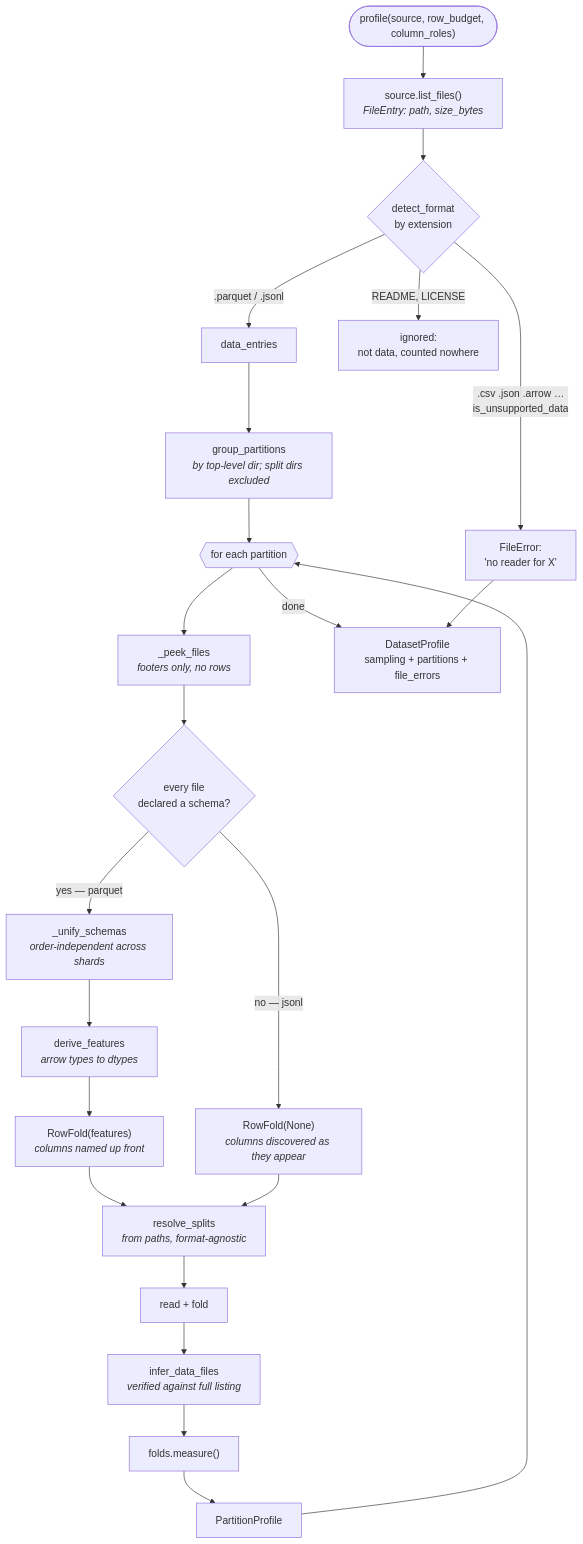
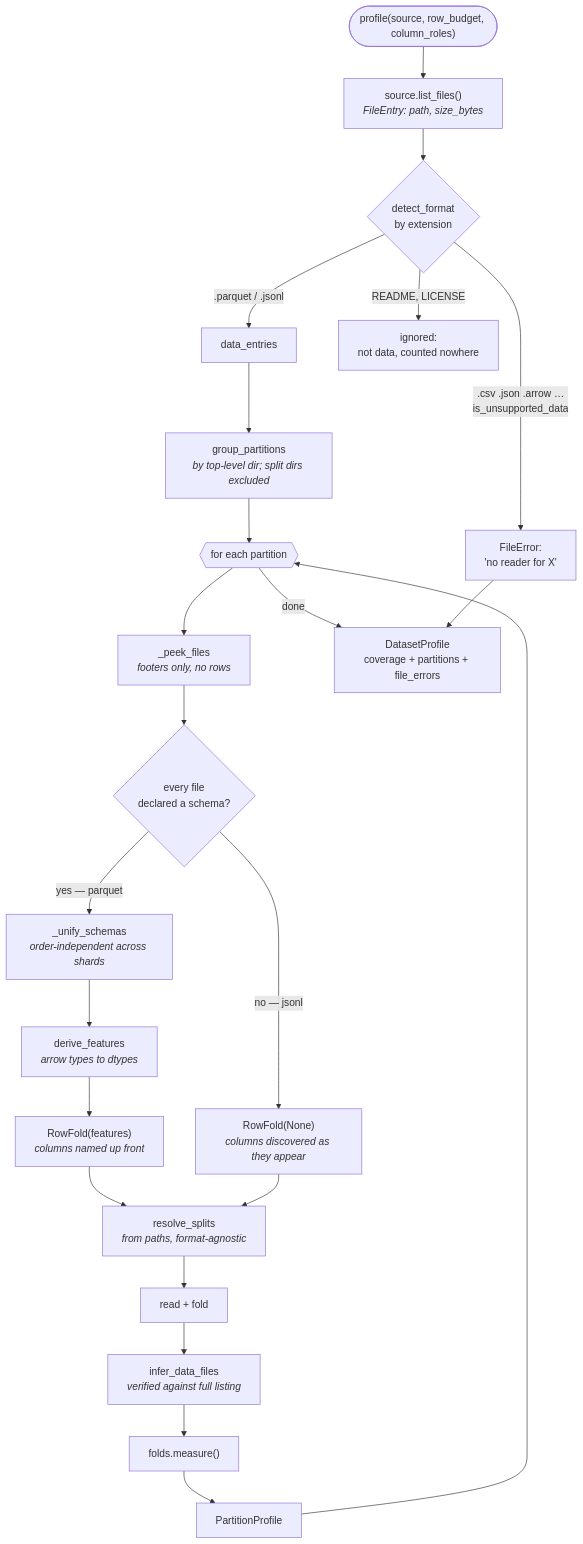
Before and after one commit to NVIDIA-NeMo/nemo-platform: the first of 3 diagrams in plugins/nemo-datasets/README.md, drawn with Mermaid. The commit also changed other lines of this file and 6 other files, not shown here.

````diff
--- a/plugins/nemo-datasets/README.md
+++ b/plugins/nemo-datasets/README.md
@@ -254,30 +254,30 @@
 ```mermaid
 flowchart TD
     START(["profile(source, row_budget, column_roles)"]) --> LIST["source.list_files()<br/><i>FileEntry: path, size_bytes</i>"]
     LIST --> DET{"detect_format<br/>by extension"}
 
     DET -->|".parquet / .jsonl"| DATA["data_entries"]
     DET -->|".csv .json .arrow …<br/>is_unsupported_data"| UNSUP["FileError:<br/>'no reader for X'"]
     DET -->|"README, LICENSE"| IGNORE["ignored:<br/>not data, counted nowhere"]
 
     DATA --> GRP["group_partitions<br/><i>by top-level dir; split dirs excluded</i>"]
     GRP --> LOOP{{"for each partition"}}
     LOOP --> PEEK["_peek_files<br/><i>footers only, no rows</i>"]
     PEEK --> BRANCH{"every file<br/>declared a schema?"}
 
     BRANCH -->|"yes — parquet"| UNI["_unify_schemas<br/><i>order-independent across shards</i>"]
     UNI --> DERIVE["derive_features<br/><i>arrow types to dtypes</i>"]
     DERIVE --> CF["RowFold(features)<br/><i>columns named up front</i>"]
     BRANCH -->|"no — jsonl"| ICF["RowFold(None)<br/><i>columns discovered as they appear</i>"]
 
     CF --> SPLITS
     ICF --> SPLITS["resolve_splits<br/><i>from paths, format-agnostic</i>"]
     SPLITS --> READ["read + fold"]
     READ --> GLOB["infer_data_files<br/><i>verified against full listing</i>"]
     GLOB --> MEASURE["folds.measure()"]
     MEASURE --> PP["PartitionProfile"]
 
     PP --> LOOP
-    LOOP -->|"done"| ASM["DatasetProfile<br/>sampling + partitions + file_errors"]
+    LOOP -->|"done"| ASM["DatasetProfile<br/>coverage + partitions + file_errors"]
     UNSUP --> ASM
 ```
````
